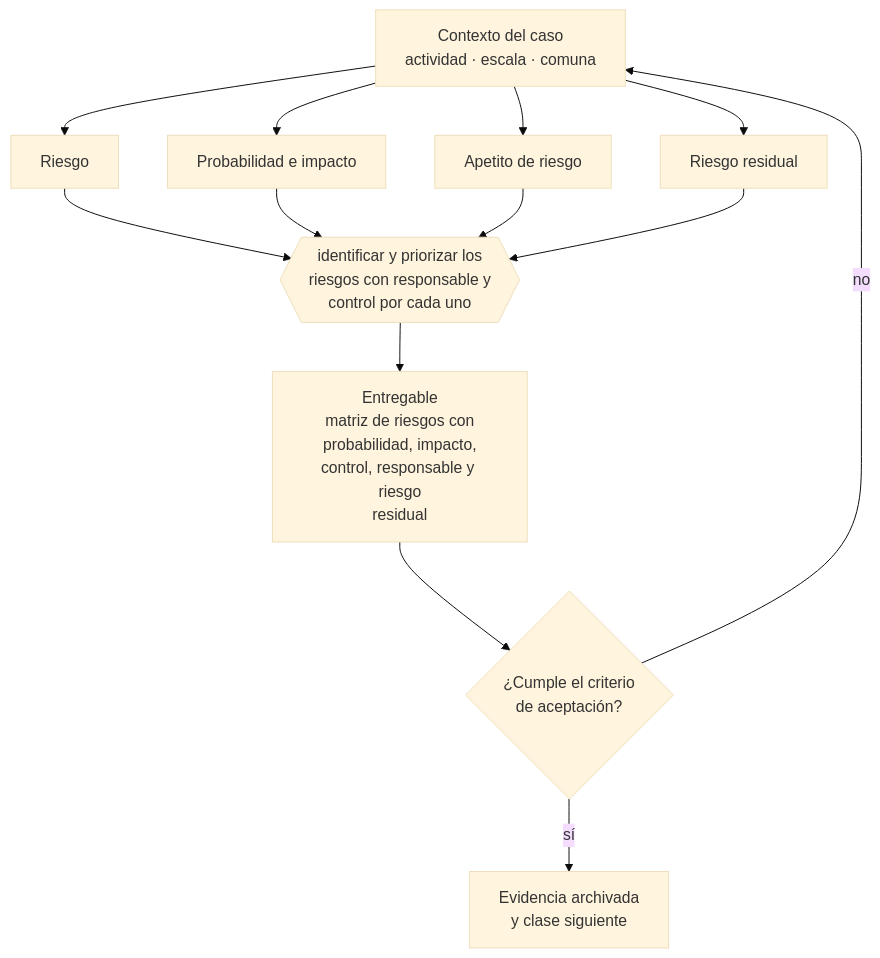
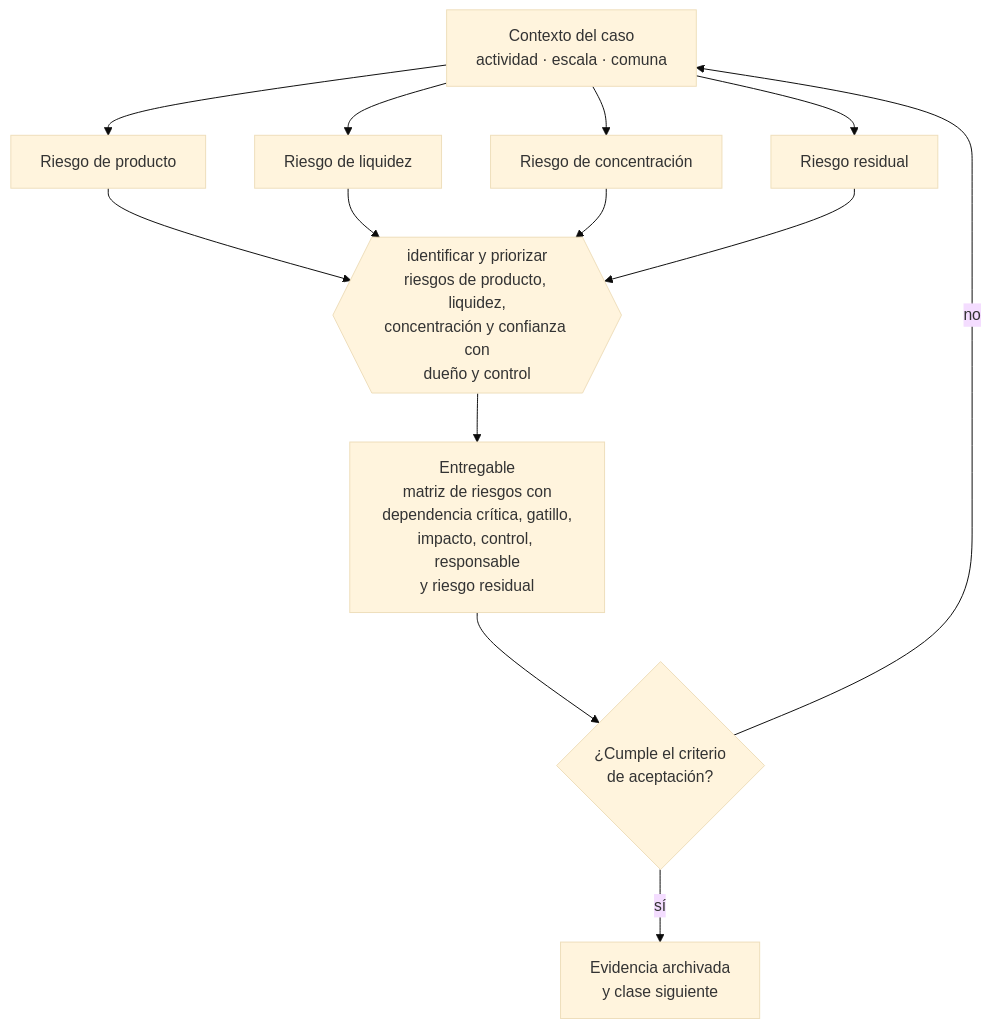
The diagram in curriculum/part-19-compliance-riesgos-y-responsabilidad-empresarial/class-01-mapa-integral-de-riesgos/README.md (vladimiracunadev-create/modern-business-creation-program), drawn with Mermaid (base theme) before and after one commit. The commit also changed other lines of this file and 32 other files, not shown here.

````diff
--- a/curriculum/part-19-compliance-riesgos-y-responsabilidad-empresarial/class-01-mapa-integral-de-riesgos/README.md
+++ b/curriculum/part-19-compliance-riesgos-y-responsabilidad-empresarial/class-01-mapa-integral-de-riesgos/README.md
@@ -34,13 +34,13 @@
 ```mermaid
 flowchart TB
     C["Contexto del caso<br/>actividad · escala · comuna"]
-    C --> A1["Riesgo"]
-    C --> A2["Probabilidad e impacto"]
-    C --> A3["Apetito de riesgo"]
+    C --> A1["Riesgo de producto"]
+    C --> A2["Riesgo de liquidez"]
+    C --> A3["Riesgo de concentración"]
     C --> A4["Riesgo residual"]
-    A1 & A2 & A3 & A4 --> D{{"identificar y priorizar los<br/>riesgos con responsable y<br/>control por cada uno"}}
-    D --> E["Entregable<br/>matriz de riesgos con<br/>probabilidad, impacto,<br/>control, responsable y riesgo<br/>residual"]
+    A1 & A2 & A3 & A4 --> D{{"identificar y priorizar<br/>riesgos de producto, liquidez,<br/>concentración y confianza con<br/>dueño y control"}}
+    D --> E["Entregable<br/>matriz de riesgos con<br/>dependencia crítica, gatillo,<br/>impacto, control, responsable<br/>y riesgo residual"]
     E --> V{"¿Cumple el criterio<br/>de aceptación?"}
     V -->|sí| S["Evidencia archivada<br/>y clase siguiente"]
     V -->|no| C
 ```
````
